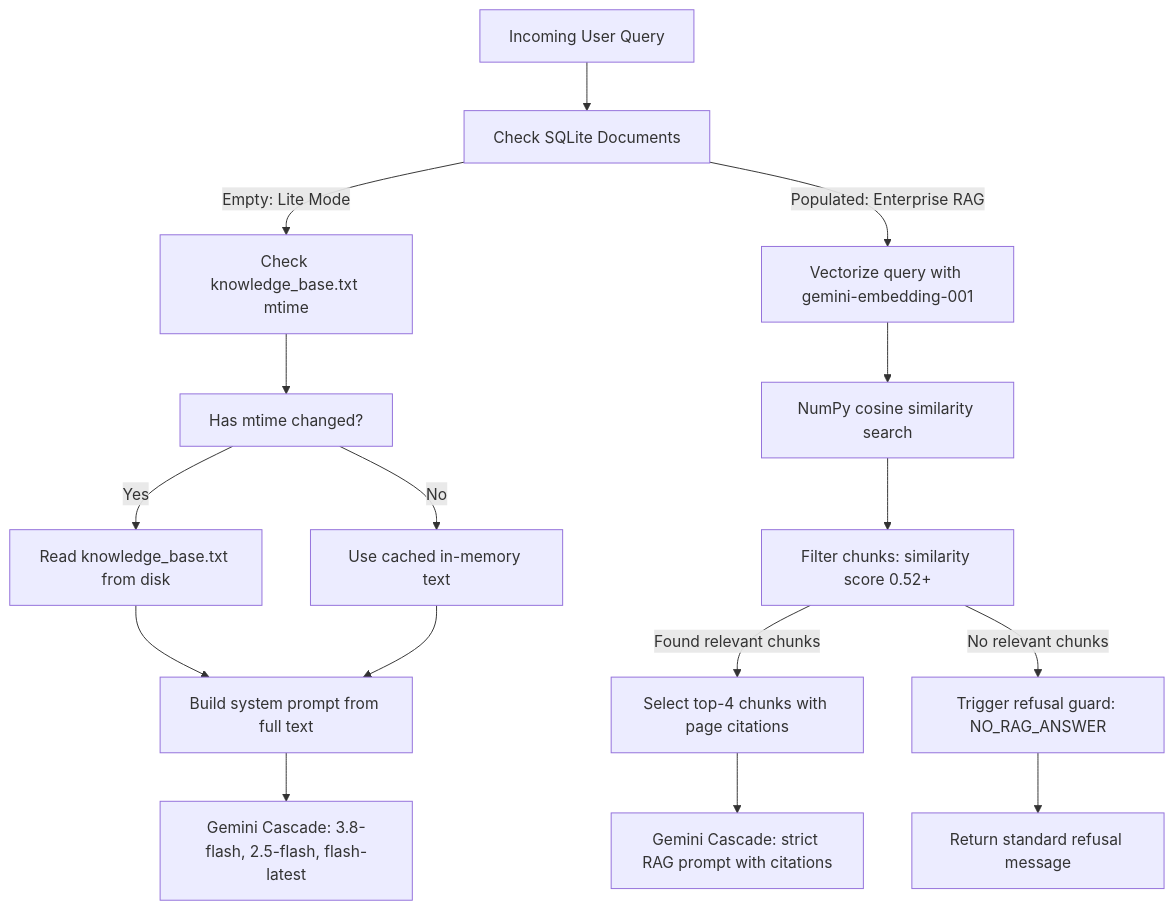
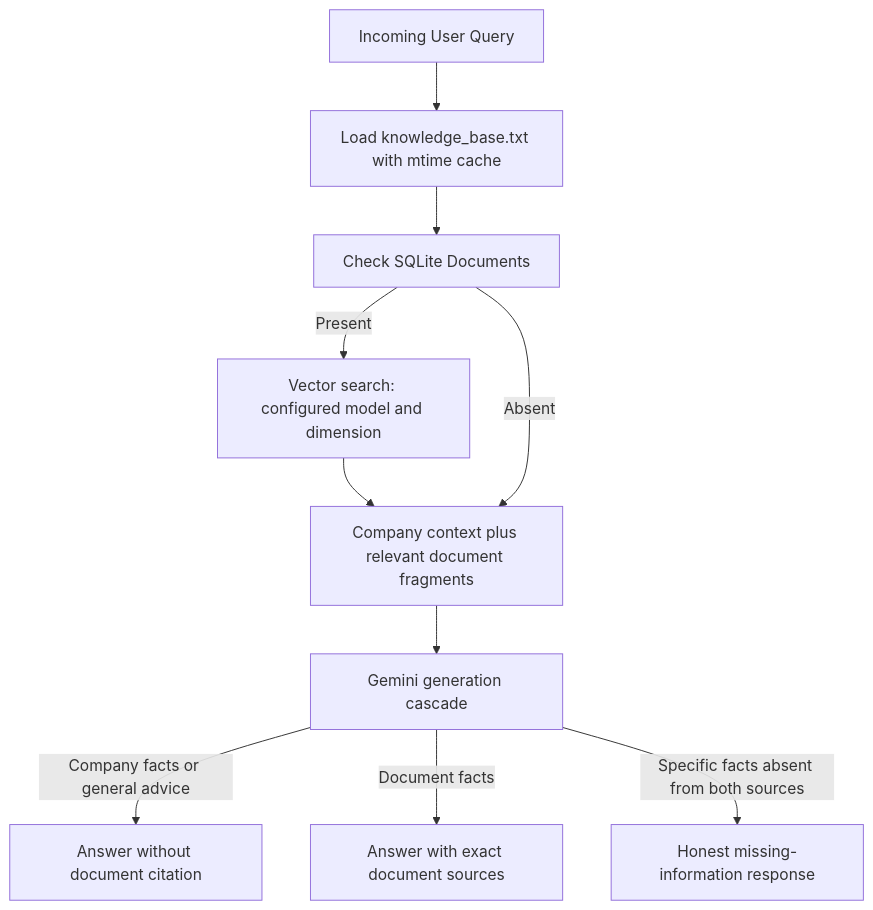
One commit to Artem-462/ai_lead_bot changed the second of 2 diagrams in README.md. Above: the diagram before and after it, drawn with Mermaid. The commit also changed other lines of this file and 9 other files, not shown here.

Commit message:
feat(rag): lock embedding model, add cross-page PDF table parsing and hybrid mode

````diff
--- a/README.md
+++ b/README.md
@@ -61,20 +61,12 @@
 ```mermaid
 flowchart TD
-    Query["Incoming User Query"] --> CheckDocs["Check SQLite Documents"]
-
-    CheckDocs -->|"Empty: Lite Mode"| CheckMTime["Check knowledge_base.txt mtime"]
-    CheckMTime --> ReloadDecision["Has mtime changed?"]
-    ReloadDecision -->|"Yes"| ReadDisk["Read knowledge_base.txt from disk"]
-    ReloadDecision -->|"No"| MemCache["Use cached in-memory text"]
-    ReadDisk --> SystemPromptLite["Build system prompt from full text"]
-    MemCache --> SystemPromptLite
-    SystemPromptLite --> GeminiLite["Gemini Cascade: 3.8-flash, 2.5-flash, flash-latest"]
-
-    CheckDocs -->|"Populated: Enterprise RAG"| EmbedQuery["Vectorize query with gemini-embedding-001"]
-    EmbedQuery --> CosineSearch["NumPy cosine similarity search"]
-    CosineSearch --> FilterScore["Filter chunks: similarity score 0.52+"]
-    FilterScore -->|"Found relevant chunks"| TopChunks["Select top-4 chunks with page citations"]
-    FilterScore -->|"No relevant chunks"| RefusalPrompt["Trigger refusal guard: NO_RAG_ANSWER"]
-    TopChunks --> GeminiRAG["Gemini Cascade: strict RAG prompt with citations"]
-    RefusalPrompt --> RefusalReply["Return standard refusal message"]
+    Query["Incoming User Query"] --> CompanyContext["Load knowledge_base.txt with mtime cache"]
+    CompanyContext --> CheckDocs["Check SQLite Documents"]
+    CheckDocs -->|"Present"| Search["Vector search: configured model and dimension"]
+    Search --> Prompt["Company context plus relevant document fragments"]
+    CheckDocs -->|"Absent"| Prompt
+    Prompt --> Model["Gemini generation cascade"]
+    Model -->|"Company facts or general advice"| General["Answer without document citation"]
+    Model -->|"Document facts"| Cited["Answer with exact document sources"]
+    Model -->|"Specific facts absent from both sources"| Refusal["Honest missing-information response"]
 ```
````
